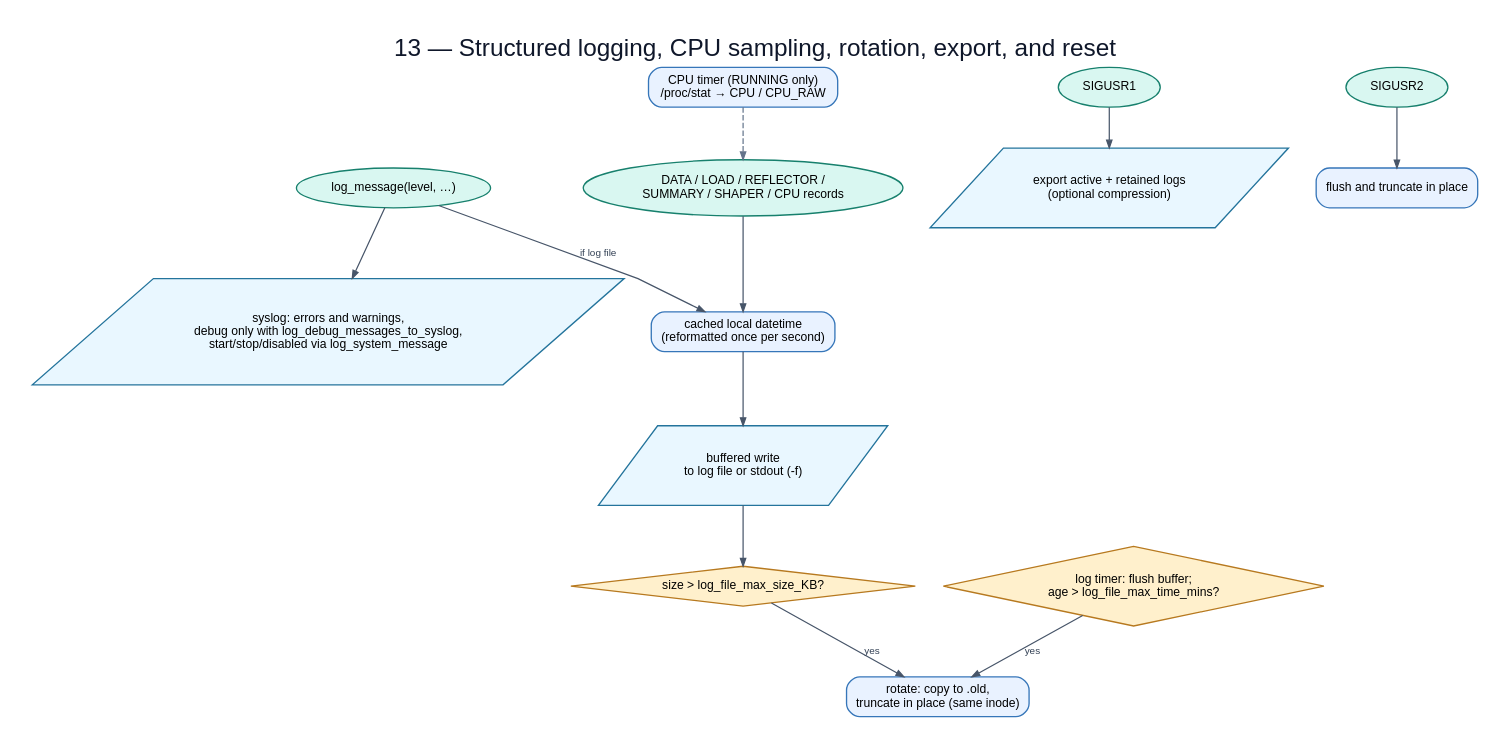
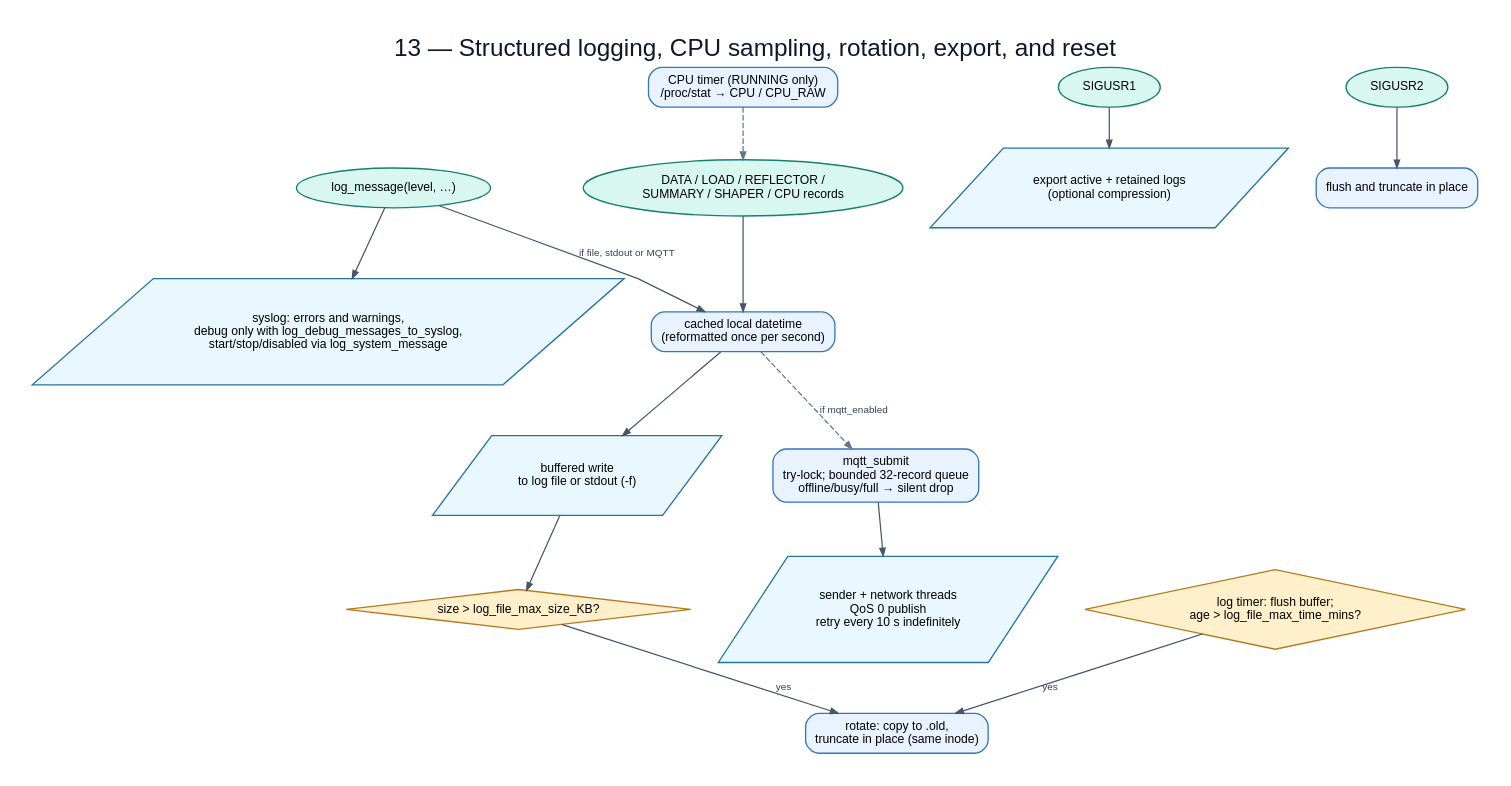
The diagram in flowchart/diagrams/13-logging-cpu-signals.dot (huydoan94/cake-adapt), drawn with Graphviz before and after one commit. The commit also changed 26 other files, not shown here.

First line of the commit message:
profiling: record MQTT acceptance and refresh current-code flowcharts

```diff
--- a/flowchart/diagrams/13-logging-cpu-signals.dot
+++ b/flowchart/diagrams/13-logging-cpu-signals.dot
@@ -1,28 +1,32 @@
 digraph G {
   graph [rankdir=TB,bgcolor="white",pad="0.30",nodesep="0.35",ranksep="0.48",splines=polyline,fontname="Arial",label="13 — Structured logging, CPU sampling, rotation, export, and reset",labelloc=t,fontsize=22,fontcolor="#0f172a"];
   node [fontname="Arial",fontsize=11,margin="0.14,0.09",penwidth=1.2];
   edge [fontname="Arial",fontsize=9,color="#475569",fontcolor="#334155",arrowsize=0.7,penwidth=1.1];
   msg [label="log_message(level, …)",shape=oval,style="filled",fillcolor="#d9f7f1",color="#17806d"];
   sys [label="syslog: errors and warnings,\ndebug only with log_debug_messages_to_syslog,\nstart/stop/disabled via log_system_message",shape=parallelogram,style="filled",fillcolor="#e9f7ff",color="#24749c"];
   rec [label="DATA / LOAD / REFLECTOR /\nSUMMARY / SHAPER / CPU records",shape=oval,style="filled",fillcolor="#d9f7f1",color="#17806d"];
   time [label="cached local datetime\n(reformatted once per second)",shape=box,style="rounded,filled",fillcolor="#e9f2ff",color="#3676b9"];
   file [label="buffered write\nto log file or stdout (-f)",shape=parallelogram,style="filled",fillcolor="#e9f7ff",color="#24749c"];
   size [label="size > log_file_max_size_KB?",shape=diamond,style="filled",fillcolor="#fff0cc",color="#b7791f"];
   tick [label="log timer: flush buffer;\nage > log_file_max_time_mins?",shape=diamond,style="filled",fillcolor="#fff0cc",color="#b7791f"];
   rotate [label="rotate: copy to .old,\ntruncate in place (same inode)",shape=box,style="rounded,filled",fillcolor="#e9f2ff",color="#3676b9"];
   usr1 [label="SIGUSR1",shape=oval,style="filled",fillcolor="#d9f7f1",color="#17806d"];
   export [label="export active + retained logs\n(optional compression)",shape=parallelogram,style="filled",fillcolor="#e9f7ff",color="#24749c"];
   usr2 [label="SIGUSR2",shape=oval,style="filled",fillcolor="#d9f7f1",color="#17806d"];
   reset [label="flush and truncate in place",shape=box,style="rounded,filled",fillcolor="#e9f2ff",color="#3676b9"];
   cpu [label="CPU timer (RUNNING only)\n/proc/stat → CPU / CPU_RAW",shape=box,style="rounded,filled",fillcolor="#e9f2ff",color="#3676b9"];
+  mqtt_queue [label="mqtt_submit\ntry-lock; bounded 32-record queue\noffline/busy/full → silent drop",shape=box,style="rounded,filled",fillcolor="#e9f2ff",color="#3676b9"];
+  mqtt_send [label="sender + network threads\nQoS 0 publish\nretry every 10 s indefinitely",shape=parallelogram,style="filled",fillcolor="#e9f7ff",color="#24749c"];
   msg -> sys;
-  msg -> time [label="if log file"];
+  msg -> time [label="if file, stdout or MQTT"];
   rec -> time;
   time -> file;
   file -> size;
   size -> rotate [label="yes"];
   tick -> rotate [label="yes"];
   usr1 -> export;
   usr2 -> reset;
   cpu -> rec [style=dashed,color="#64748b"];
+  time -> mqtt_queue [label="if mqtt_enabled",style=dashed,color="#64748b"];
+  mqtt_queue -> mqtt_send;
 }
```
